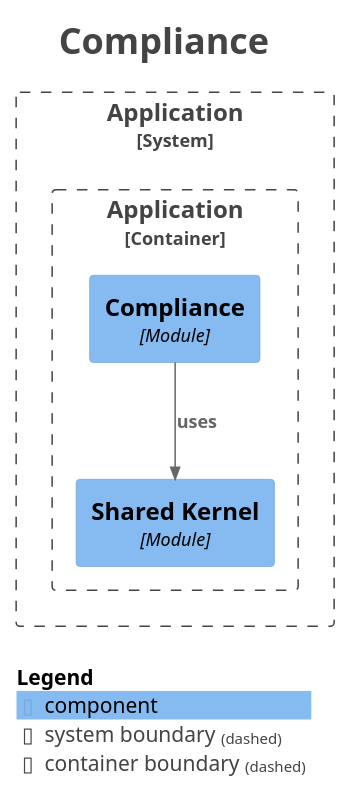
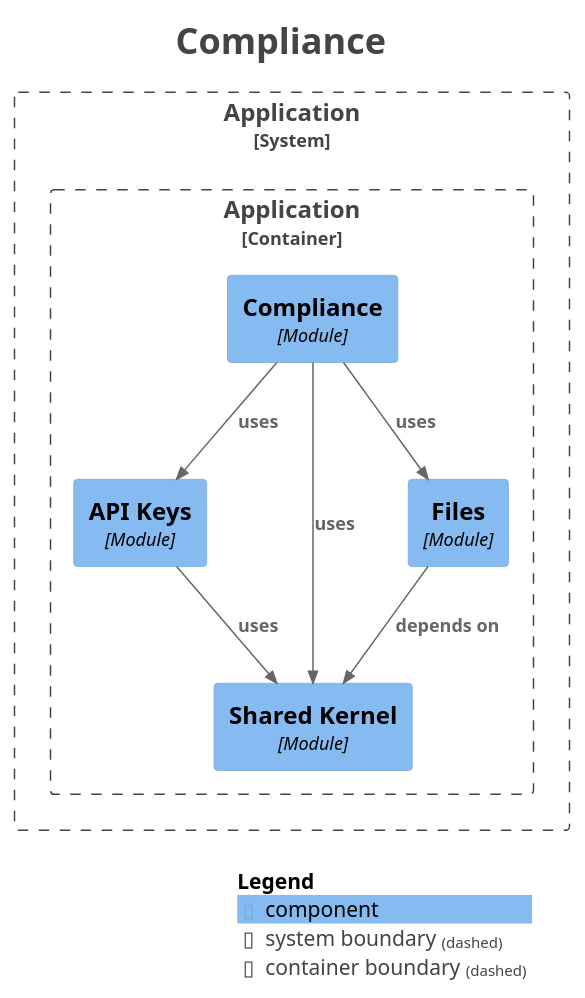
One commit to Paul-Ayesiga/enterprise-modulith-template changed the diagram in docs/modulith/module-compliance.puml. Above: the diagram before and after it, drawn with PlantUML. The commit also changed 62 other files, not shown here.

```diff
--- a/docs/modulith/module-compliance.puml
+++ b/docs/modulith/module-compliance.puml
@@ -1,30 +1,36 @@
 @startuml
 title <size:24>Compliance</size>
 
 set separator none
 top to bottom direction
 
 <style>
   root {
     BackgroundColor: #ffffff
     FontColor: #444444
   }
 </style>
 
 !include <C4/C4>
 !include <C4/C4_Context>
 !include <C4/C4_Component>
 
 System_Boundary("Application_boundary", "Application", $tags="") {
   Container_Boundary("Application.Application_boundary", "Application", $tags="") {
+    Component(Application.Application.APIKeys, "API Keys", $techn="Module", $descr="", $tags="", $link="")
+    Component(Application.Application.Compliance, "Compliance", $techn="Module", $descr="", $tags="", $link="")
     Component(Application.Application.SharedKernel, "Shared Kernel", $techn="Module", $descr="", $tags="", $link="")
-    Component(Application.Application.Compliance, "Compliance", $techn="Module", $descr="", $tags="", $link="")
+    Component(Application.Application.Files, "Files", $techn="Module", $descr="", $tags="", $link="")
   }
 
 }
 
+Rel(Application.Application.APIKeys, Application.Application.SharedKernel, "uses", $techn="", $tags="", $link="")
 Rel(Application.Application.Compliance, Application.Application.SharedKernel, "uses", $techn="", $tags="", $link="")
+Rel(Application.Application.Compliance, Application.Application.APIKeys, "uses", $techn="", $tags="", $link="")
+Rel(Application.Application.Compliance, Application.Application.Files, "uses", $techn="", $tags="", $link="")
+Rel(Application.Application.Files, Application.Application.SharedKernel, "depends on", $techn="", $tags="", $link="")
 
 SHOW_LEGEND(true)
 hide stereotypes
 @enduml
```
